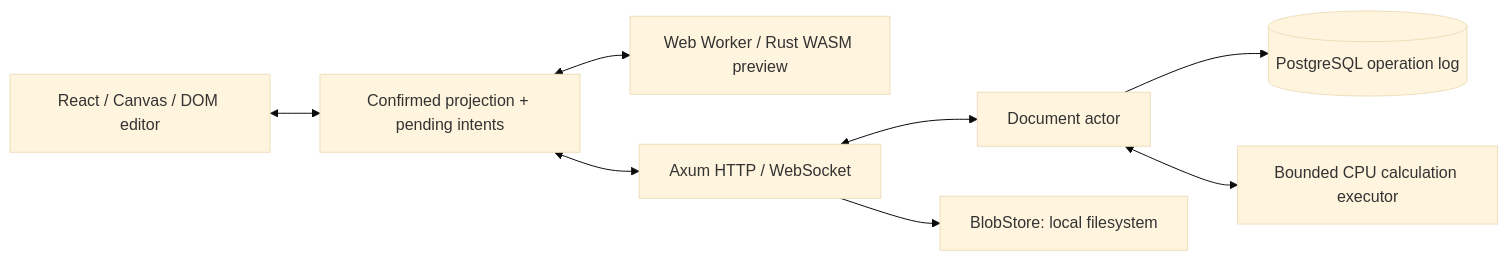
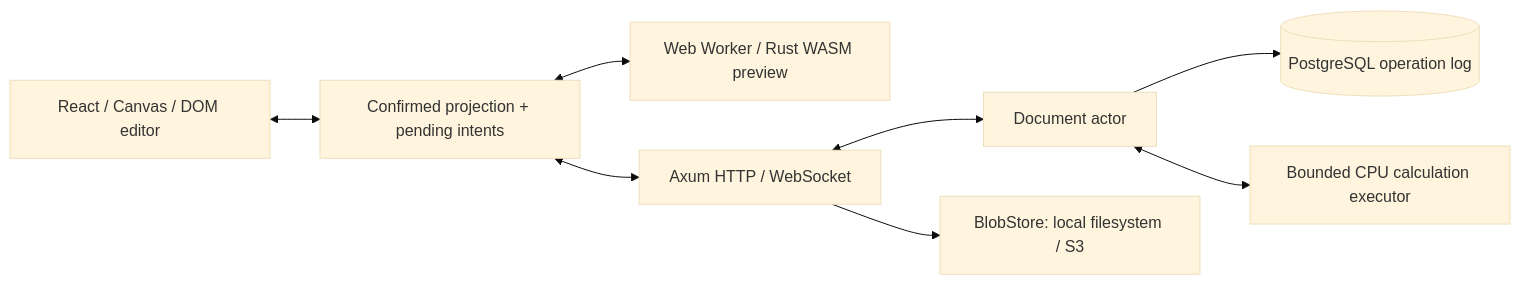
Before and after one commit to web3gxd/PXEL: the diagram in docs/architecture.md, drawn with Mermaid (base theme). The commit also changed other lines of this file and 18 other files, not shown here.

````diff
--- a/docs/architecture.md
+++ b/docs/architecture.md
@@ -14,10 +14,10 @@
 ```mermaid
 flowchart LR
   UI[React / Canvas / DOM editor] <--> Client[Confirmed projection + pending intents]
   Client <--> Worker[Web Worker / Rust WASM preview]
   Client <--> Server[Axum HTTP / WebSocket]
   Server <--> Actor[Document actor]
   Actor --> PG[(PostgreSQL operation log)]
   Actor <--> Calc[Bounded CPU calculation executor]
-  Server --> Blob[BlobStore: local filesystem]
+  Server --> Blob[BlobStore: local filesystem / S3]
 ```
````
